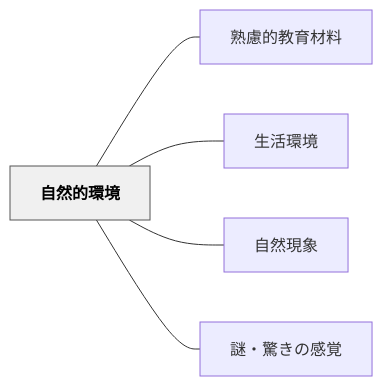
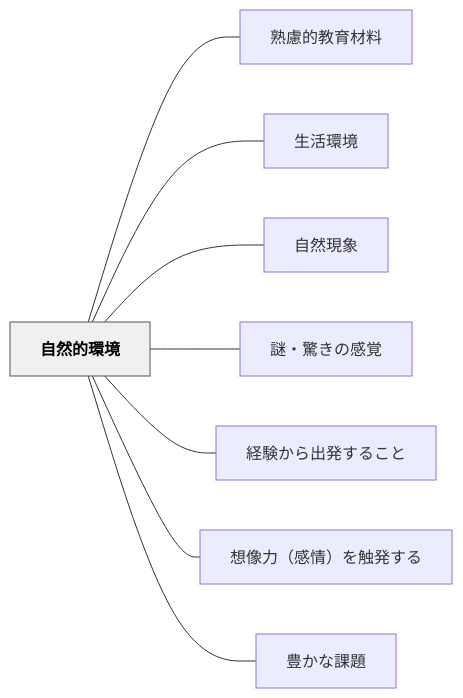
The diagram in content/パタン/自然的環境.md (unknownthings-ed-patterns/unknownthings-ed-patterns), drawn with Mermaid before and after one commit. The commit also changed other lines of this file and 71 other files, not shown here.

````diff
--- a/content/パタン/自然的環境.md
+++ b/content/パタン/自然的環境.md
@@ -45,16 +48,22 @@
 ```mermaid
 flowchart LR
     ne887aae784b6e79a84e792b0e5a283["自然的環境"]
     ne7869fe685aee79a84e69599e882b2e69d90e69699["熟慮的教育材料"]
     ne7949fe6b4bbe792b0e5a283["生活環境"]
     ne887aae784b6e78fbee8b1a1["自然現象"]
     ne8ac8ee383bbe9a99ae3818de381aee6849fe8a69a["謎・驚きの感覚"]
+    ne7b58ce9a893e3818be38289e587bae799bae38199e3828be38193e381a8["経験から出発すること"]
+    ne683b3e5838fe58a9befbc88e6849fe68385efbc89e38292e8a7a6e799bae38199e3828b["想像力（感情）を触発する"]
+    ne8b18ae3818be381aae8aab2e9a18c["豊かな課題"]
 
     ne887aae784b6e79a84e792b0e5a283 --- ne7869fe685aee79a84e69599e882b2e69d90e69699
     ne887aae784b6e79a84e792b0e5a283 --- ne7949fe6b4bbe792b0e5a283
     ne887aae784b6e79a84e792b0e5a283 --- ne887aae784b6e78fbee8b1a1
     ne887aae784b6e79a84e792b0e5a283 --- ne8ac8ee383bbe9a99ae3818de381aee6849fe8a69a
+    ne887aae784b6e79a84e792b0e5a283 --- ne7b58ce9a893e3818be38289e587bae799bae38199e3828be38193e381a8
+    ne887aae784b6e79a84e792b0e5a283 --- ne683b3e5838fe58a9befbc88e6849fe68385efbc89e38292e8a7a6e799bae38199e3828b
+    ne887aae784b6e79a84e792b0e5a283 --- ne8b18ae3818be381aae8aab2e9a18c
 
     classDef hub fill:#f0f0f0,stroke:#555,color:#000,font-weight:bold
     class ne887aae784b6e79a84e792b0e5a283 hub
 ```
````
